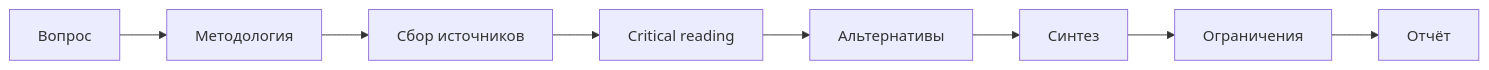
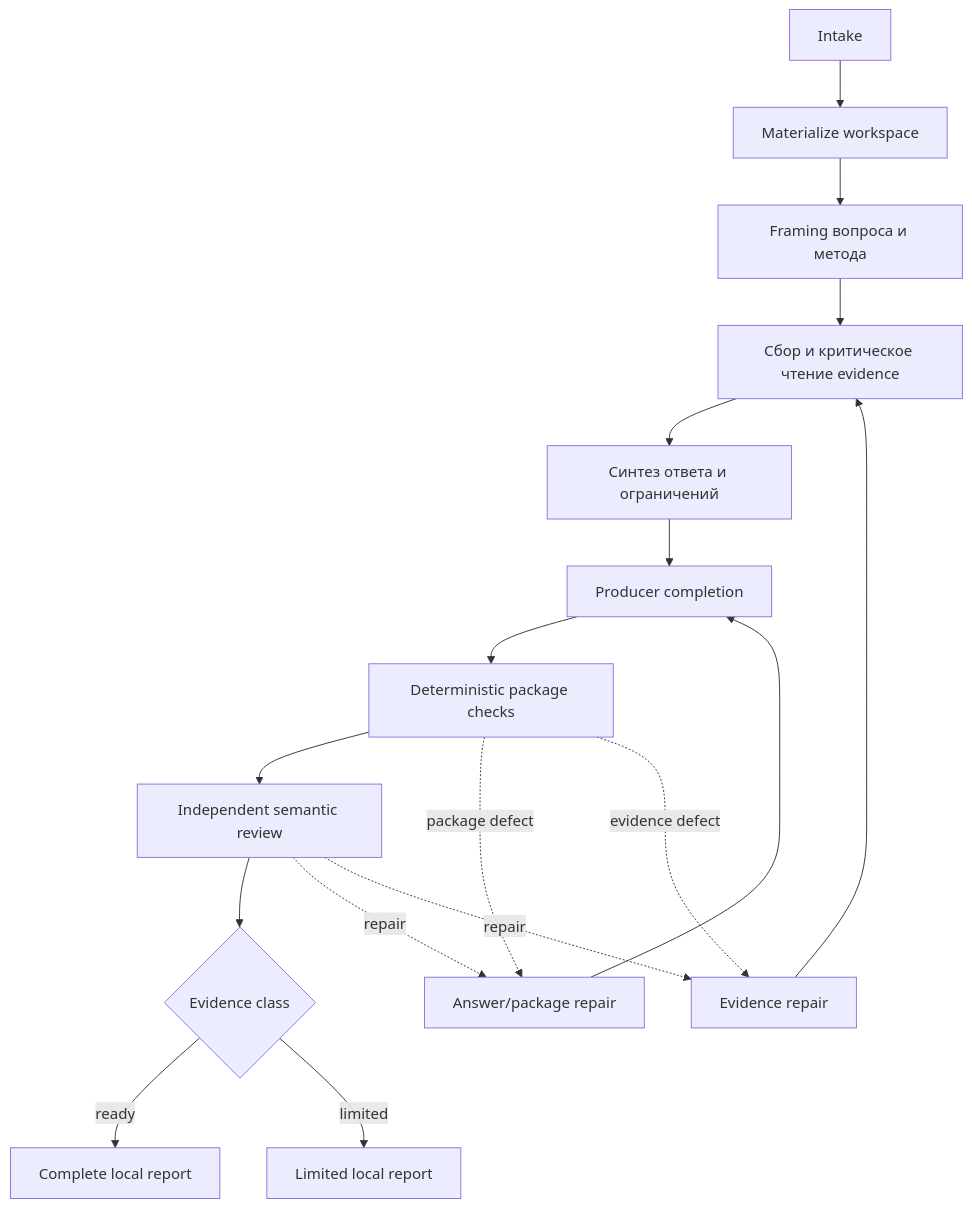
Before and after one commit to moira-mcp/moira: the diagram in packages/docs/src/content/docs/ru/docs/reference/workflows/verified-research.mdx, drawn with Mermaid. The commit also changed other lines of this file and 122 other files, not shown here.

````diff
--- a/packages/docs/src/content/docs/ru/docs/reference/workflows/verified-research.mdx
+++ b/packages/docs/src/content/docs/ru/docs/reference/workflows/verified-research.mdx
@@ -18,10 +36,19 @@
 ```mermaid
-flowchart LR
-    A[Вопрос] --> B[Методология]
-    B --> C[Сбор источников]
-    C --> D[Critical reading]
-    D --> E[Альтернативы]
-    E --> F[Синтез]
-    F --> G[Ограничения]
-    G --> H[Отчёт]
+flowchart TD
+    A[Intake] --> B[Materialize workspace]
+    B --> C[Framing вопроса и метода]
+    C --> D[Сбор и критическое чтение evidence]
+    D --> E[Синтез ответа и ограничений]
+    E --> F[Producer completion]
+    F --> G[Deterministic package checks]
+    G --> H[Independent semantic review]
+    H --> I{Evidence class}
+    I -->|ready| J[Complete local report]
+    I -->|limited| K[Limited local report]
+    G -. package defect .-> L[Answer/package repair]
+    G -. evidence defect .-> M[Evidence repair]
+    H -. repair .-> L
+    H -. repair .-> M
+    L --> F
+    M --> D
 ```
````
